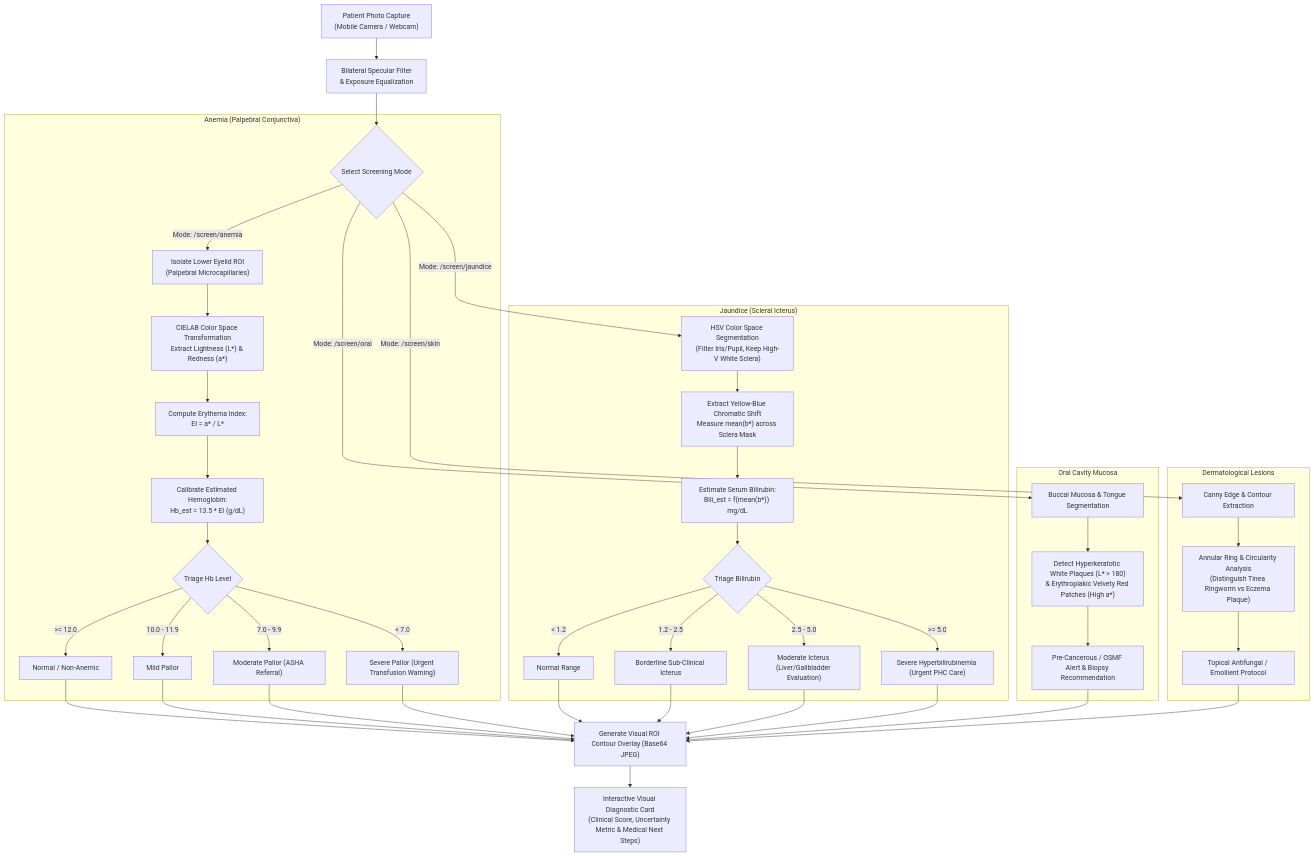
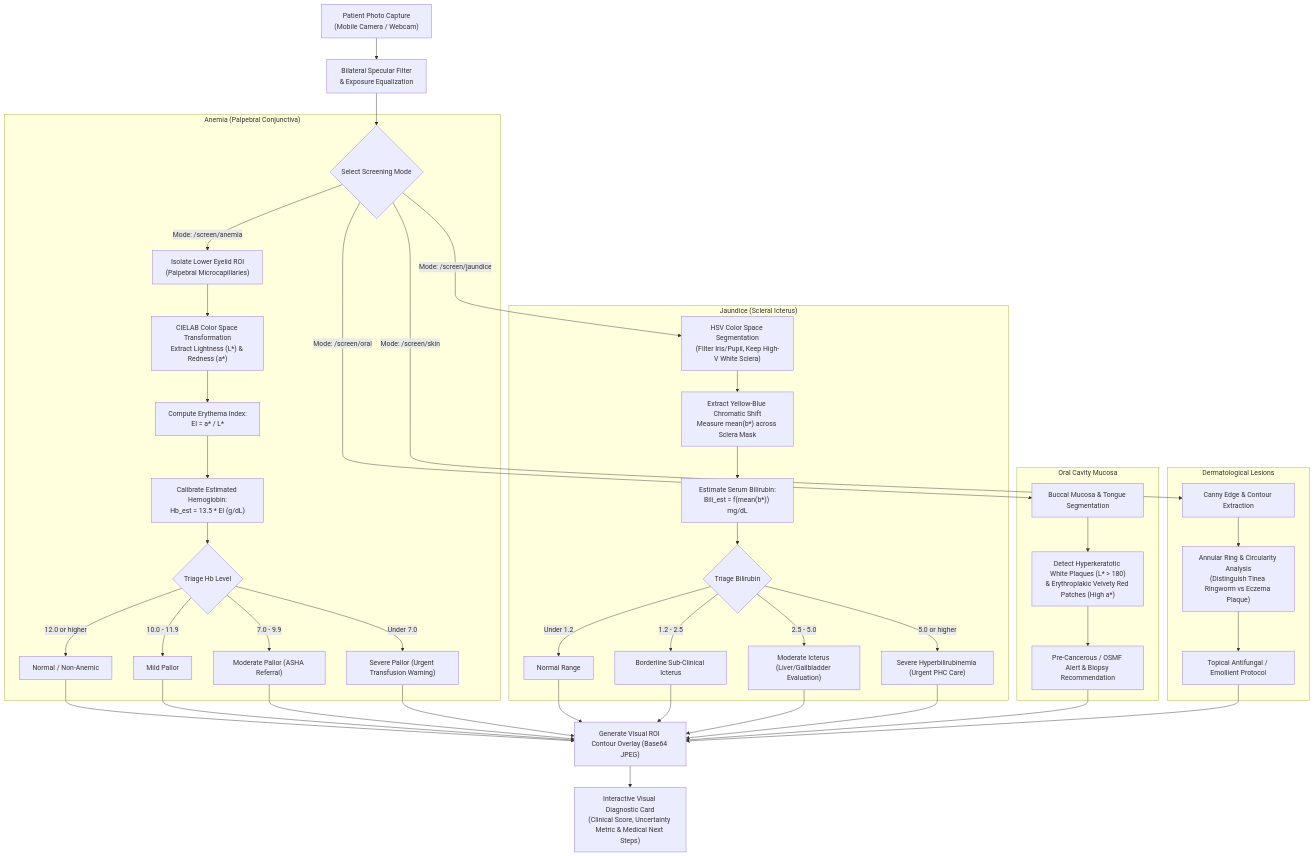
Before and after one commit to Sachinsingh198/Sanjeevani: the ninth of 10 diagrams in Documentation/13_SYSTEM_WORKFLOWS_AND_MERMAID_DIAGRAMS.md, drawn with Mermaid. The commit also changed other lines of this file and 4 other files, not shown here.

````diff
--- a/Documentation/13_SYSTEM_WORKFLOWS_AND_MERMAID_DIAGRAMS.md
+++ b/Documentation/13_SYSTEM_WORKFLOWS_AND_MERMAID_DIAGRAMS.md
@@ -402,58 +402,58 @@
 ```mermaid
 flowchart TD
     PatientPhoto["Patient Photo Capture\n(Mobile Camera / Webcam)"] --> Preprocessor["Bilateral Specular Filter\n& Exposure Equalization"]
 
     Preprocessor --> ModalitySwitch{"Select Screening Mode"}
 
     %% Anemia Path
     subgraph AnemiaSuite ["Anemia (Palpebral Conjunctiva)"]
         ModalitySwitch -->|Mode: /screen/anemia| ConjunctivaROI["Isolate Lower Eyelid ROI\n(Palpebral Microcapillaries)"]
         ConjunctivaROI --> CIELAB_EI["CIELAB Color Space Transformation\nExtract Lightness (L*) & Redness (a*)"]
         CIELAB_EI --> ErythemaIndex["Compute Erythema Index:\nEI = a* / L*"]
         ErythemaIndex --> CalcHb["Calibrate Estimated Hemoglobin:\nHb_est = 13.5 * EI (g/dL)"]
         CalcHb --> TriageHb{"Triage Hb Level"}
-        TriageHb -->|>= 12.0| HbNorm["Normal / Non-Anemic"]
+        TriageHb -->|12.0 or higher| HbNorm["Normal / Non-Anemic"]
         TriageHb -->|10.0 - 11.9| HbMild["Mild Pallor"]
         TriageHb -->|7.0 - 9.9| HbMod["Moderate Pallor (ASHA Referral)"]
-        TriageHb -->|< 7.0| HbSev["Severe Pallor (Urgent Transfusion Warning)"]
+        TriageHb -->|Under 7.0| HbSev["Severe Pallor (Urgent Transfusion Warning)"]
     end
 
     %% Jaundice Path
     subgraph JaundiceSuite ["Jaundice (Scleral Icterus)"]
         ModalitySwitch -->|Mode: /screen/jaundice| ScleraROI["HSV Color Space Segmentation\n(Filter Iris/Pupil, Keep High-V White Sclera)"]
         ScleraROI --> CIELAB_B["Extract Yellow-Blue Chromatic Shift\nMeasure mean(b*) across Sclera Mask"]
         CIELAB_B --> CalcBili["Estimate Serum Bilirubin:\nBili_est = f(mean(b*)) mg/dL"]
         CalcBili --> TriageBili{"Triage Bilirubin"}
-        TriageBili -->|< 1.2| BiliNorm["Normal Range"]
+        TriageBili -->|Under 1.2| BiliNorm["Normal Range"]
         TriageBili -->|1.2 - 2.5| BiliBorder["Borderline Sub-Clinical Icterus"]
         TriageBili -->|2.5 - 5.0| BiliMod["Moderate Icterus (Liver/Gallbladder Evaluation)"]
-        TriageBili -->|>= 5.0| BiliSev["Severe Hyperbilirubinemia (Urgent PHC Care)"]
+        TriageBili -->|5.0 or higher| BiliSev["Severe Hyperbilirubinemia (Urgent PHC Care)"]
     end
 
     %% Oral Cavity Path
     subgraph OralSuite ["Oral Cavity Mucosa"]
         ModalitySwitch -->|Mode: /screen/oral| OralROI["Buccal Mucosa & Tongue Segmentation"]
         OralROI --> PlaqueDetect["Detect Hyperkeratotic White Plaques (L* > 180)\n& Erythroplakic Velvety Red Patches (High a*)"]
         PlaqueDetect --> OralAlert["Pre-Cancerous / OSMF Alert & Biopsy Recommendation"]
     end
 
     %% Skin Lesion Path
     subgraph SkinSuite ["Dermatological Lesions"]
         ModalitySwitch -->|Mode: /screen/skin| SkinROI["Canny Edge & Contour Extraction"]
         SkinROI --> ContourAnalyze["Annular Ring & Circularity Analysis\n(Distinguish Tinea Ringworm vs Eczema Plaque)"]
         ContourAnalyze --> SkinAlert["Topical Antifungal / Emollient Protocol"]
     end
 
     HbNorm --> RenderVisual["Generate Visual ROI Contour Overlay (Base64 JPEG)"]
     HbMild --> RenderVisual
     HbMod --> RenderVisual
     HbSev --> RenderVisual
     BiliNorm --> RenderVisual
     BiliBorder --> RenderVisual
     BiliMod --> RenderVisual
     BiliSev --> RenderVisual
     OralAlert --> RenderVisual
     SkinAlert --> RenderVisual
 
     RenderVisual --> UI_Card["Interactive Visual Diagnostic Card\n(Clinical Score, Uncertainty Metric & Medical Next Steps)"]
 ```
````
